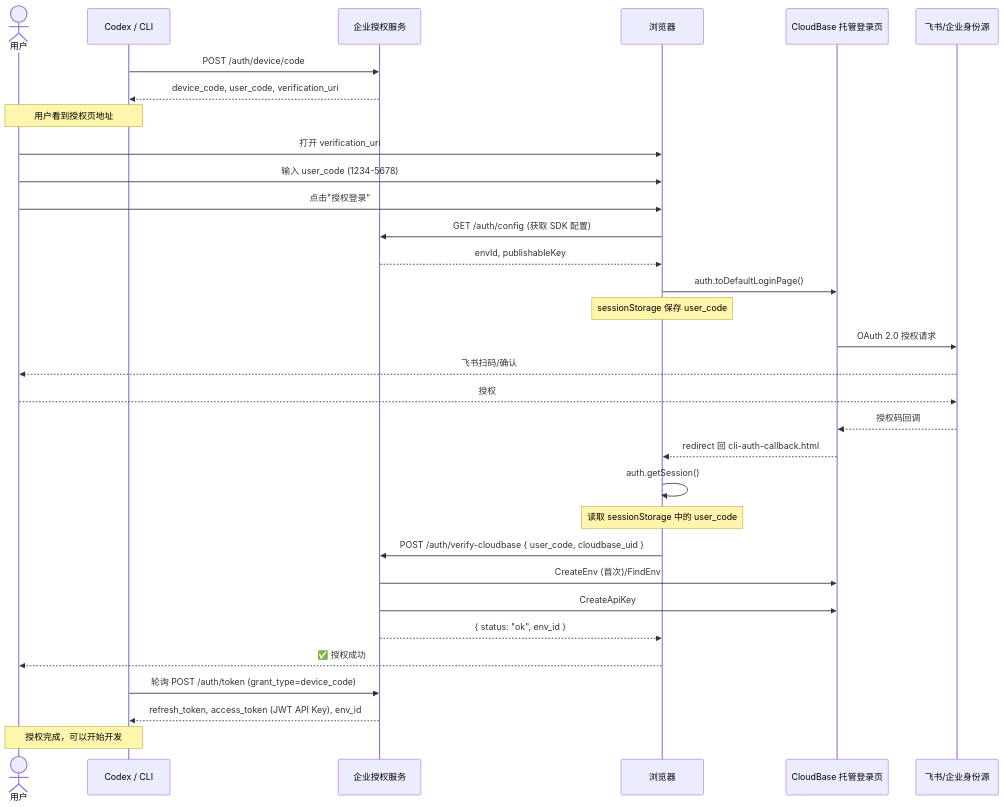
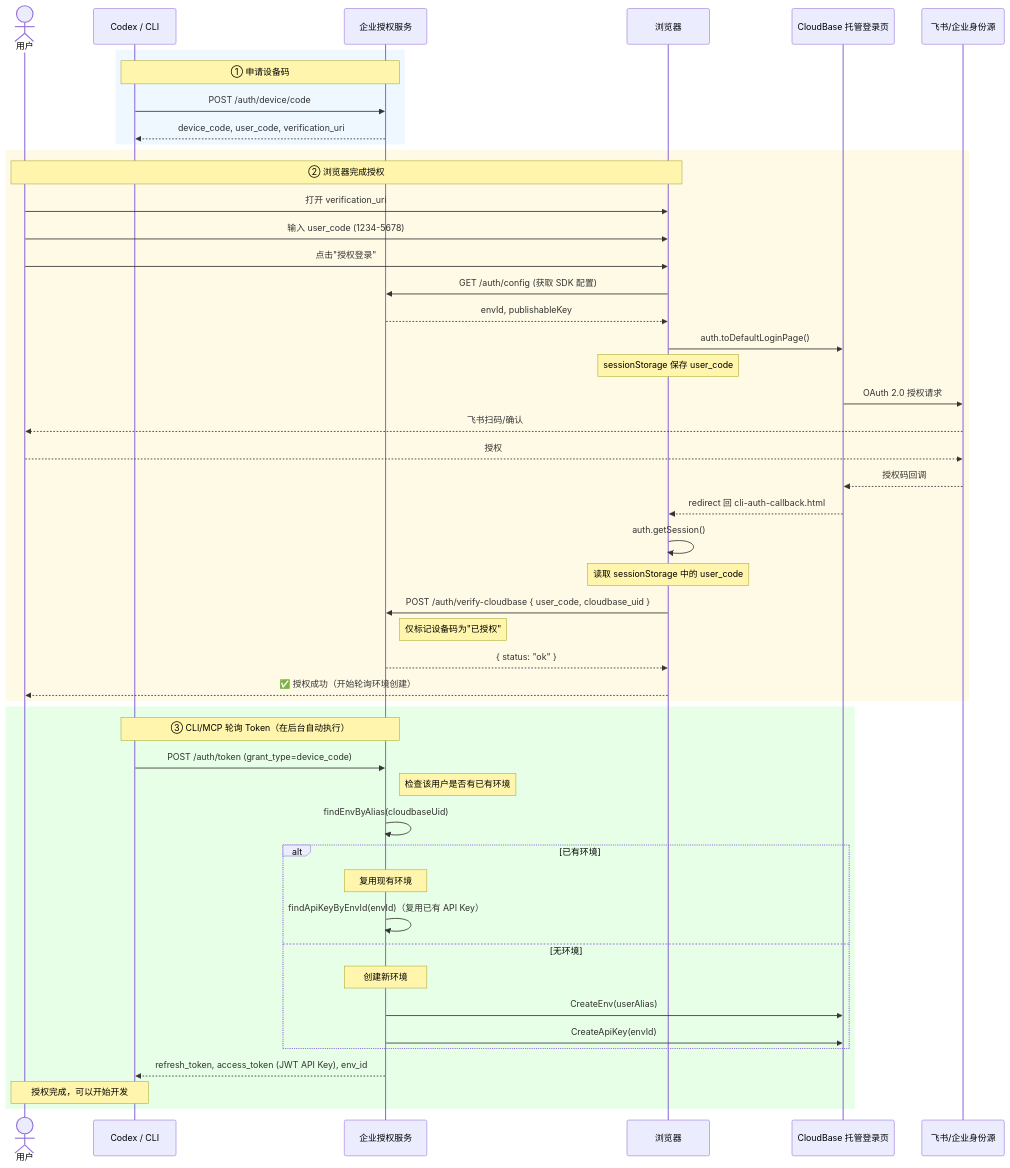
Before and after one commit to TencentCloudBase/CloudBase-AI-Toolkit: the second of 3 diagrams in doc/enterprise-auth-with-feishu.md, drawn with Mermaid. The commit also changed other lines of this file, not shown here.

Commit message:
docs(enterprise-auth): 📝 fix sequence diagram and API key policy description
- Fix sequence diagram: move env check/create to token polling phase
- Add alt flow for existing env with API key reuse
- Add preset policy table and security warning for API keys

````diff
--- a/doc/enterprise-auth-with-feishu.md
+++ b/doc/enterprise-auth-with-feishu.md
@@ -262,47 +271,61 @@
 ```mermaid
 sequenceDiagram
     actor User as 用户
     participant Codex as Codex / CLI
     participant Auth as 企业授权服务
     participant Browser as 浏览器
     participant CloudBase as CloudBase 托管登录页
     participant Feishu as 飞书/企业身份源
 
-    Codex->>Auth: POST /auth/device/code
-    Auth-->>Codex: device_code, user_code, verification_uri
+    rect rgb(240, 248, 255)
+        Note over Codex,Auth: ① 申请设备码
+        Codex->>Auth: POST /auth/device/code
+        Auth-->>Codex: device_code, user_code, verification_uri
+    end
 
-    Note over Codex,User: 用户看到授权页地址
+    rect rgb(255, 250, 230)
+        Note over User,Browser: ② 浏览器完成授权
+        User->>Browser: 打开 verification_uri
+        User->>Browser: 输入 user_code (1234-5678)
+        User->>Browser: 点击"授权登录"
 
-    User->>Browser: 打开 verification_uri
-    User->>Browser: 输入 user_code (1234-5678)
-    User->>Browser: 点击"授权登录"
+        Browser->>Auth: GET /auth/config (获取 SDK 配置)
+        Auth-->>Browser: envId, publishableKey
 
-    Browser->>Auth: GET /auth/config (获取 SDK 配置)
-    Auth-->>Browser: envId, publishableKey
+        Browser->>CloudBase: auth.toDefaultLoginPage()
+        Note over Browser: sessionStorage 保存 user_code
 
-    Browser->>CloudBase: auth.toDefaultLoginPage()
-    Note over Browser: sessionStorage 保存 user_code
+        CloudBase->>Feishu: OAuth 2.0 授权请求
+        Feishu-->>User: 飞书扫码/确认
+        User-->>Feishu: 授权
 
-    CloudBase->>Feishu: OAuth 2.0 授权请求
-    Feishu-->>User: 飞书扫码/确认
-    User-->>Feishu: 授权
+        Feishu-->>CloudBase: 授权码回调
+        CloudBase-->>Browser: redirect 回 cli-auth-callback.html
 
-    Feishu-->>CloudBase: 授权码回调
-    CloudBase-->>Browser: redirect 回 cli-auth-callback.html
+        Browser->>Browser: auth.getSession()
+        Note over Browser: 读取 sessionStorage 中的 user_code
 
-    Browser->>Browser: auth.getSession()
-    Note over Browser: 读取 sessionStorage 中的 user_code
+        Browser->>Auth: POST /auth/verify-cloudbase { user_code, cloudbase_uid }
+        Note right of Auth: 仅标记设备码为"已授权"
+        Auth-->>Browser: { status: "ok" }
 
-    Browser->>Auth: POST /auth/verify-cloudbase { user_code, cloudbase_uid }
+        Browser-->>User: ✅ 授权成功（开始轮询环境创建）
+    end
 
-    Auth->>CloudBase: CreateEnv (首次)/FindEnv
-    Auth->>CloudBase: CreateApiKey
-    Auth-->>Browser: { status: "ok", env_id }
-
-    Browser-->>User: ✅ 授权成功
-
-    Codex->>Auth: 轮询 POST /auth/token (grant_type=device_code)
-    Auth-->>Codex: refresh_token, access_token (JWT API Key), env_id
-
-    Note over Codex,User: 授权完成，可以开始开发
+    rect rgb(230, 255, 230)
+        Note over Codex,Auth: ③ CLI/MCP 轮询 Token（在后台自动执行）
+        Codex->>Auth: POST /auth/token (grant_type=device_code)
+        Note right of Auth: 检查该用户是否有已有环境
+        Auth->>Auth: findEnvByAlias(cloudbaseUid)
+        alt 已有环境
+            Note over Auth: 复用现有环境
+            Auth->>Auth: findApiKeyByEnvId(envId)（复用已有 API Key）
+        else 无环境
+            Note over Auth: 创建新环境
+            Auth->>CloudBase: CreateEnv(userAlias)
+            Auth->>CloudBase: CreateApiKey(envId)
+        end
+        Auth-->>Codex: refresh_token, access_token (JWT API Key), env_id
+        Note over Codex,User: 授权完成，可以开始开发
+    end
 ```
````
